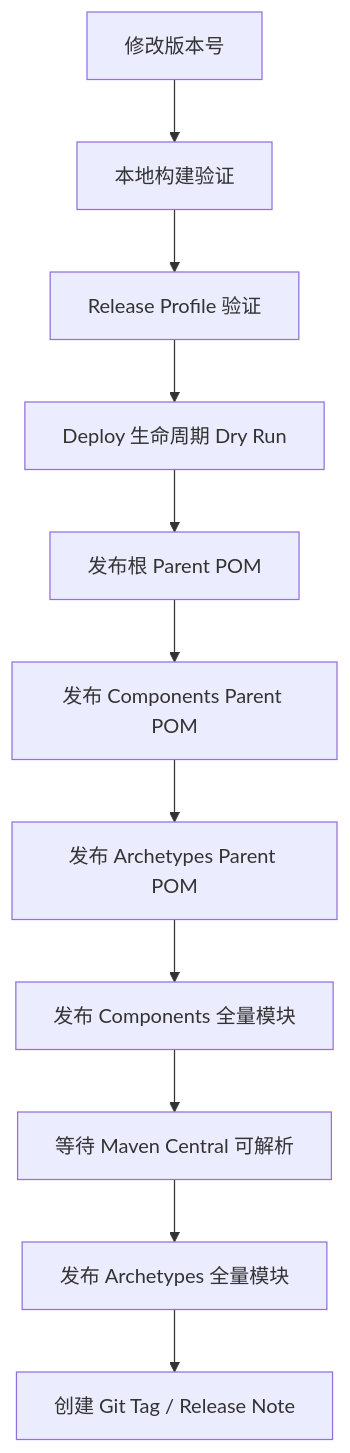
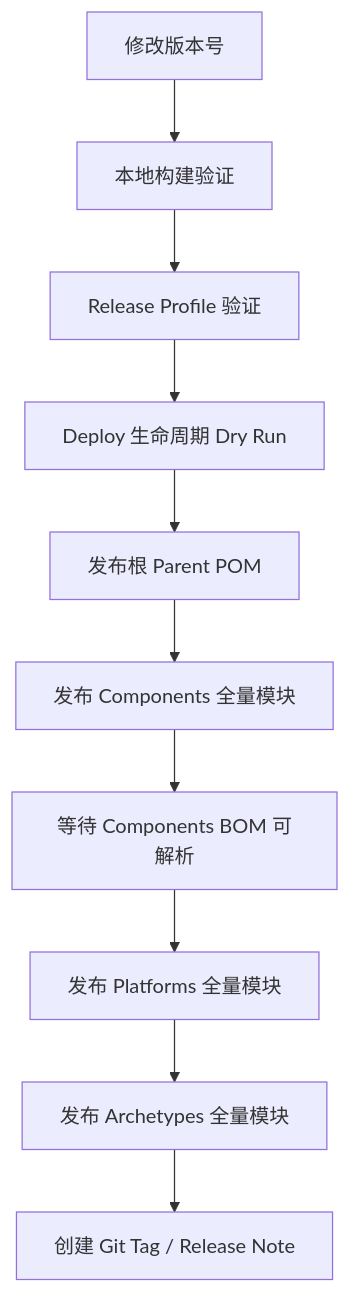
One commit to AllenDEricDAlexander/Egon-COLA changed the diagram in scripts/maven-deploy.md. Above: the diagram before and after it, drawn with Mermaid. The commit also changed other lines of this file and 645 other files, not shown here.

Commit message:
refactor(platforms): move gateway out of components

````diff
--- a/scripts/maven-deploy.md
+++ b/scripts/maven-deploy.md
@@ -30,13 +33,12 @@
 ```mermaid
 flowchart TD
     A[修改版本号] --> B[本地构建验证]
     B --> C[Release Profile 验证]
     C --> D[Deploy 生命周期 Dry Run]
     D --> E[发布根 Parent POM]
-    E --> F[发布 Components Parent POM]
-    F --> G[发布 Archetypes Parent POM]
-    G --> H[发布 Components 全量模块]
-    H --> I[等待 Maven Central 可解析]
-    I --> J[发布 Archetypes 全量模块]
-    J --> K[创建 Git Tag / Release Note]
+    E --> F[发布 Components 全量模块]
+    F --> G[等待 Components BOM 可解析]
+    G --> H[发布 Platforms 全量模块]
+    H --> I[发布 Archetypes 全量模块]
+    I --> J[创建 Git Tag / Release Note]
 ```
````
